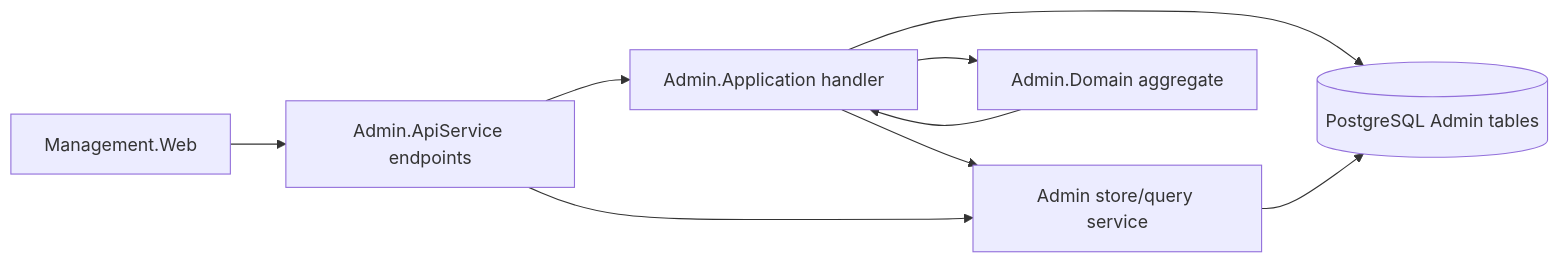
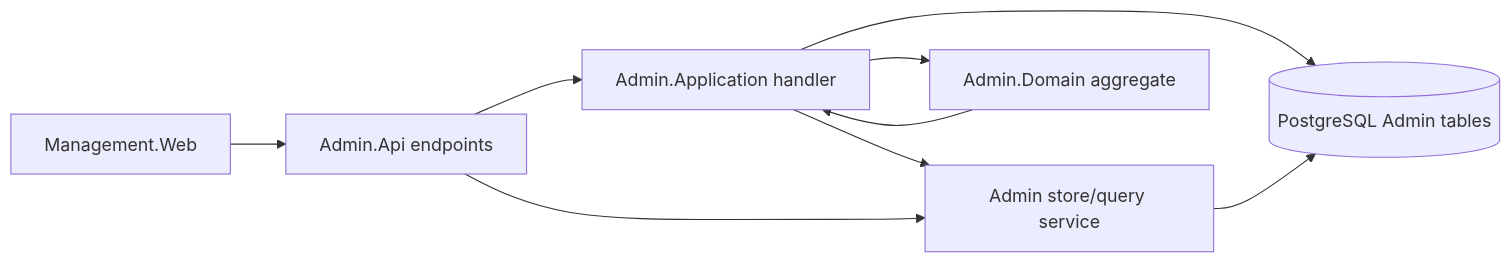
One commit to danigutsch/ViajantesTurismo changed the first of 12 diagrams in docs/architecture/FLOWS.md. Above: the diagram before and after it, drawn with Mermaid. The commit also changed other lines of this file and 250 other files, not shown here.

Commit message:
refactor(api): rename Admin and Catalog API projects

````diff
--- a/docs/architecture/FLOWS.md
+++ b/docs/architecture/FLOWS.md
@@ -14,18 +14,18 @@
 ```mermaid
 flowchart LR
     management[Management.Web]
-    api[Admin.ApiService endpoints]
+    api[Admin.Api endpoints]
     handler[Admin.Application handler]
     store[Admin store/query service]
     domain[Admin.Domain aggregate]
     db[(PostgreSQL Admin tables)]
 
     management --> api
     api --> handler
     handler --> store
     handler --> domain
     domain --> handler
     handler --> db
     api --> store
     store --> db
 ```
````
